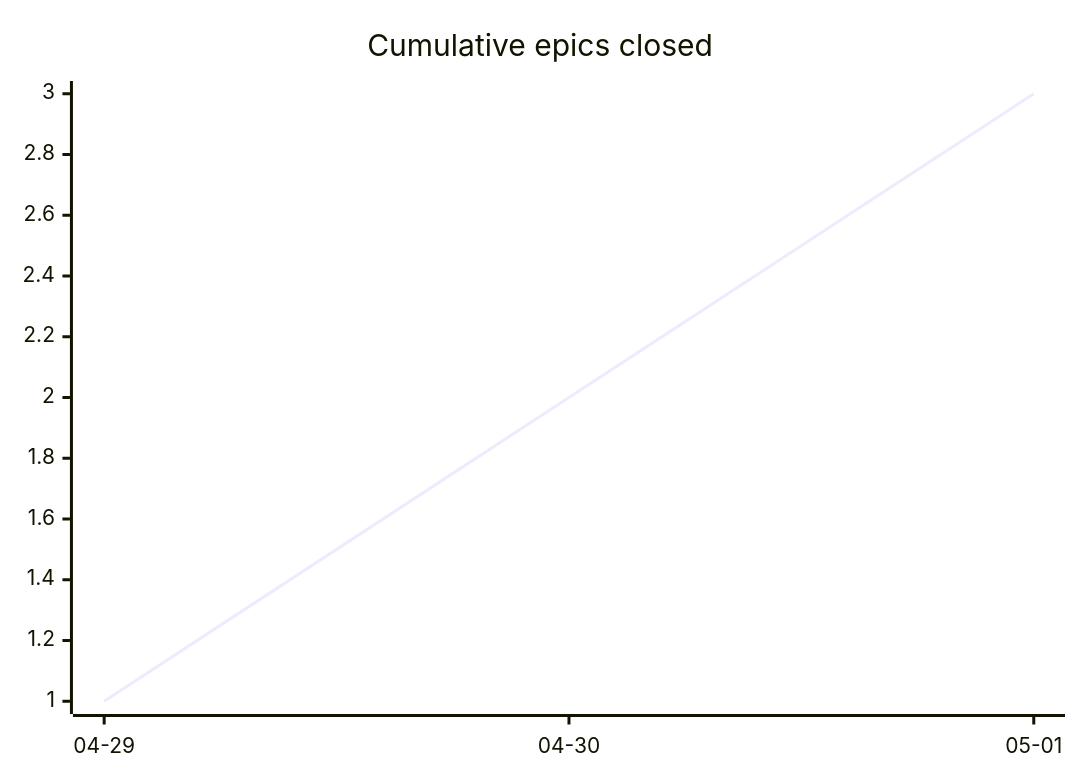
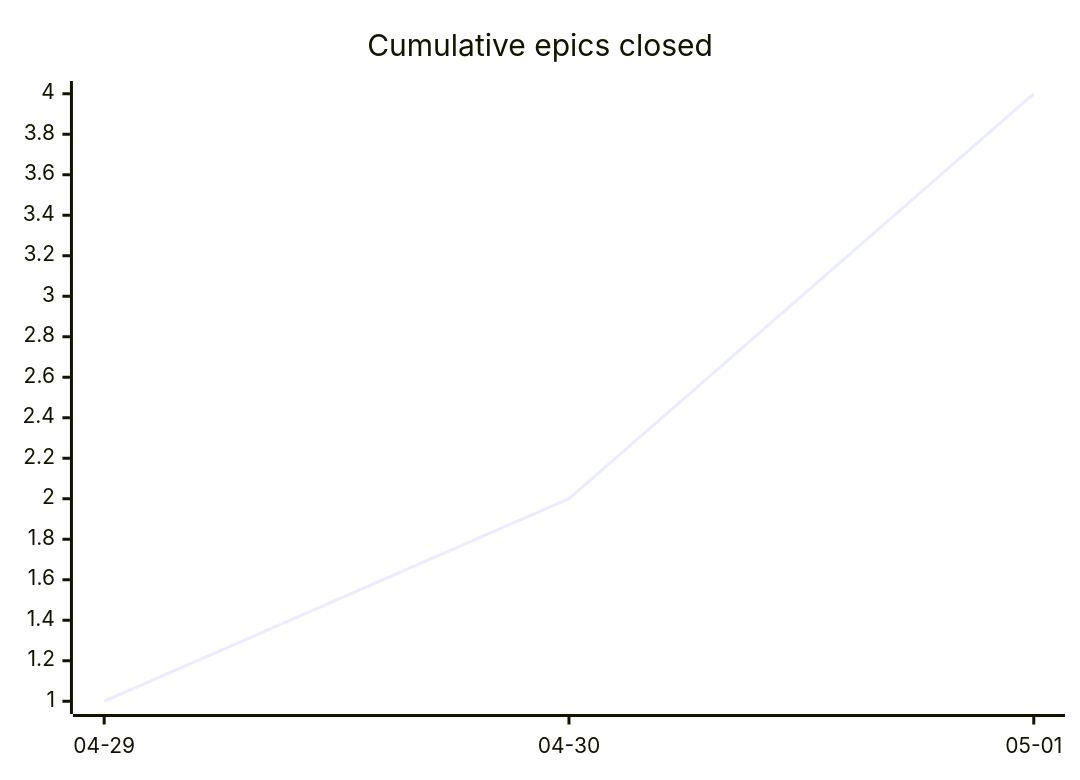
Before and after one commit to tgd1975/AwesomeStudioPedal: the second of 3 diagrams in docs/developers/tasks/OVERVIEW.md, drawn with Mermaid. The commit also changed other lines of this file and 2 other files, not shown here.

````diff
--- a/docs/developers/tasks/OVERVIEW.md
+++ b/docs/developers/tasks/OVERVIEW.md
@@ -31,6 +31,6 @@
 ```mermaid
 xychart-beta
     title "Cumulative epics closed"
     x-axis ["04-29", "04-30", "05-01"]
-    line [1, 2, 3]
+    line [1, 2, 4]
 ```
````
